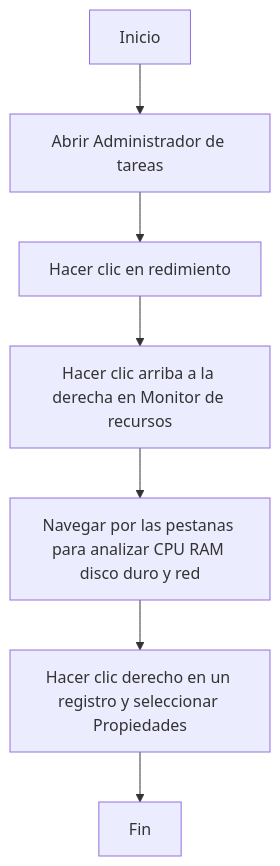
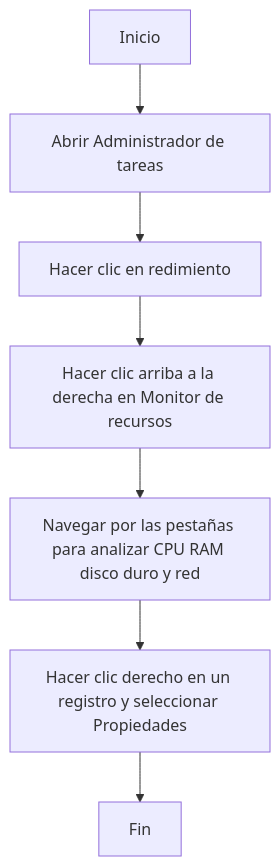
One commit to geoparvil/SMR2-SOR changed the first of 2 diagrams in [geoparvil]-[1]-[1.2]-[actividad].md. Above: the diagram before and after it, drawn with Mermaid. The commit also changed other lines of this file, not shown here.

````diff
--- a/[geoparvil]-[1]-[1.2]-[actividad].md
+++ b/[geoparvil]-[1]-[1.2]-[actividad].md
@@ -4,9 +4,9 @@
 ```mermaid
 flowchart TD
     A[Inicio] --> B[Abrir Administrador de tareas]
     B --> C[Hacer clic en redimiento]
     C --> D[Hacer clic arriba a la derecha en Monitor de recursos ]
-    D --> E[Navegar por las pestanas para analizar CPU RAM disco duro y red]
+    D --> E[Navegar por las pestañas para analizar CPU RAM disco duro y red]
     E --> F[Hacer clic derecho en un registro y seleccionar Propiedades]
     F --> G[Fin]
 ```
````
